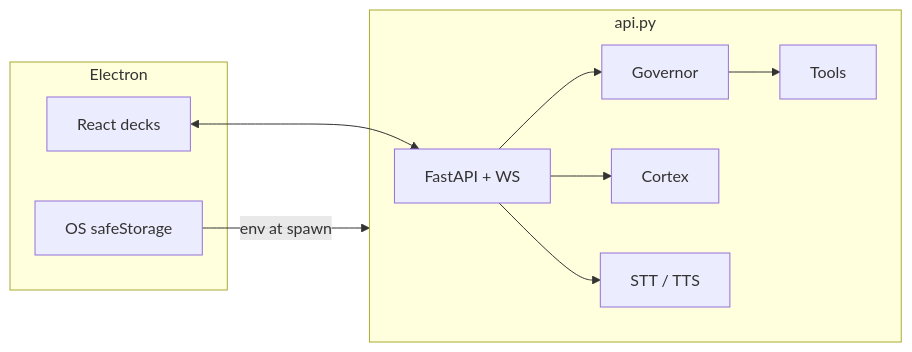
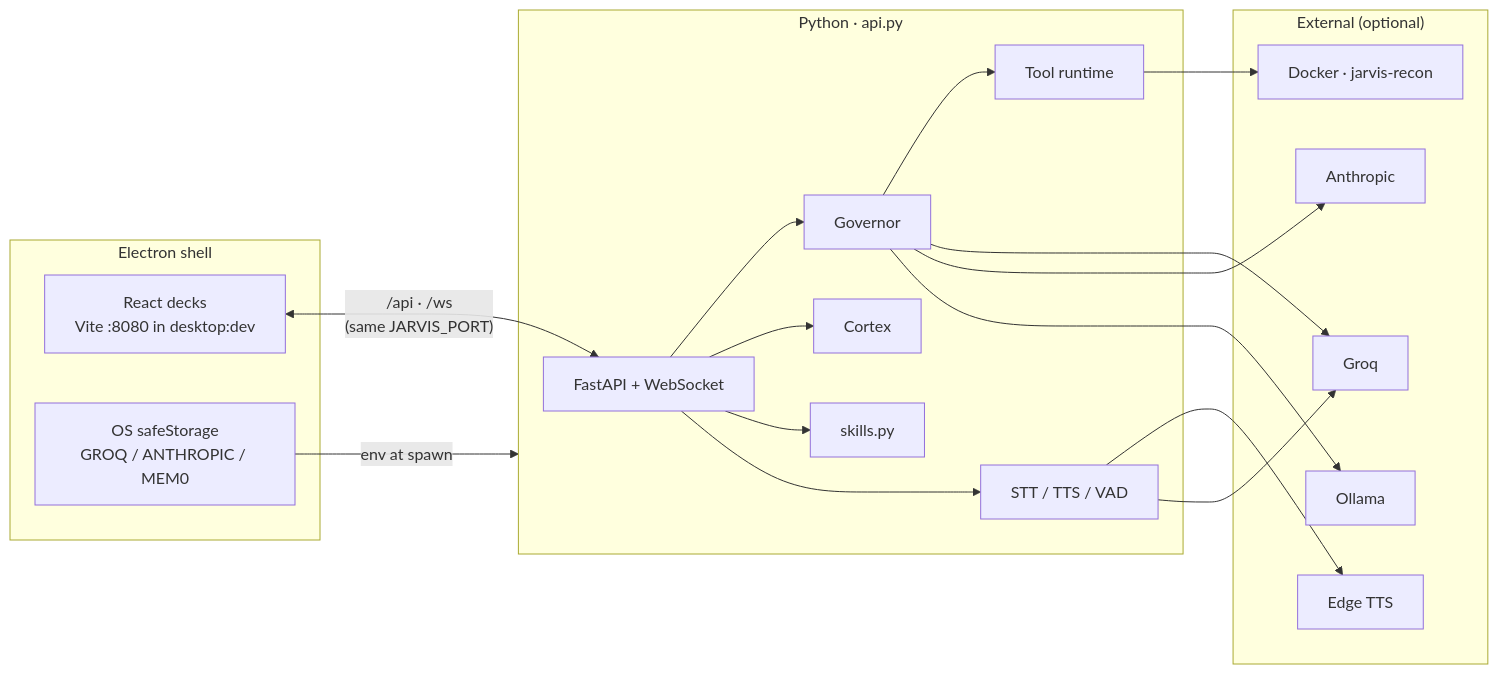
The first of 2 diagrams in README.md (roshansrikanth21/jarv1s), drawn with Mermaid before and after one commit. The commit also changed other lines of this file and 30 other files, not shown here.

````diff
--- a/README.md
+++ b/README.md
@@ -33,19 +98,37 @@
 ```mermaid
 flowchart LR
-  subgraph Desktop["Electron"]
-    UI["React decks"]
-    Keys["OS safeStorage"]
+  subgraph Shell["Electron shell"]
+    UI["React decks<br/>Vite :8080 in desktop:dev"]
+    Keys["OS safeStorage<br/>GROQ / ANTHROPIC / MEM0"]
   end
-  subgraph Backend["api.py"]
-    WS["FastAPI + WS"]
+
+  subgraph Backend["Python · api.py"]
+    WS["FastAPI + WebSocket"]
     Gov["Governor"]
     Cortex["Cortex"]
-    Tools["Tools"]
-    Voice["STT / TTS"]
+    Skills["skills.py"]
+    Tools["Tool runtime"]
+    Voice["STT / TTS / VAD"]
   end
-  UI <--> WS
+
+  subgraph External["External (optional)"]
+    Groq["Groq"]
+    Claude["Anthropic"]
+    Ollama["Ollama"]
+    Edge["Edge TTS"]
+    Docker["Docker · jarvis-recon"]
+  end
+
+  UI <-->|"/api · /ws<br/>(same JARVIS_PORT)"| WS
   Keys -->|env at spawn| Backend
   WS --> Gov --> Tools
   WS --> Cortex
+  WS --> Skills
   WS --> Voice
+  Gov --> Groq
+  Gov --> Claude
+  Gov --> Ollama
+  Voice --> Edge
+  Voice --> Groq
+  Tools --> Docker
 ```
````
